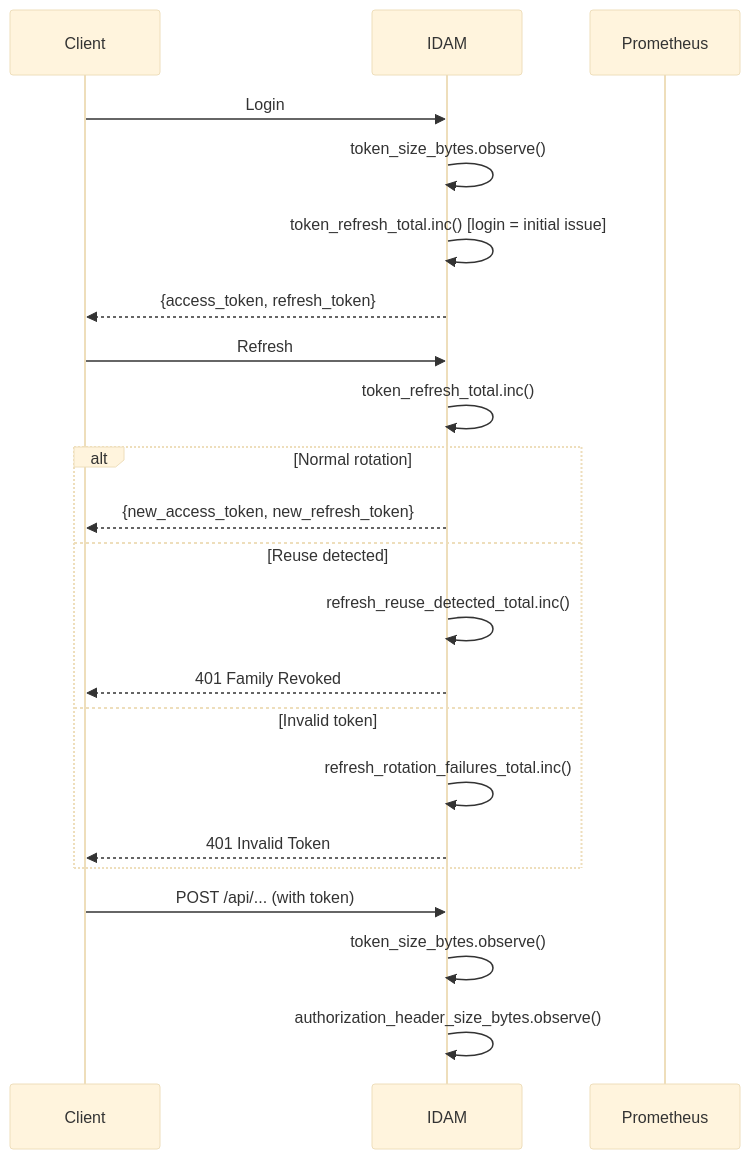
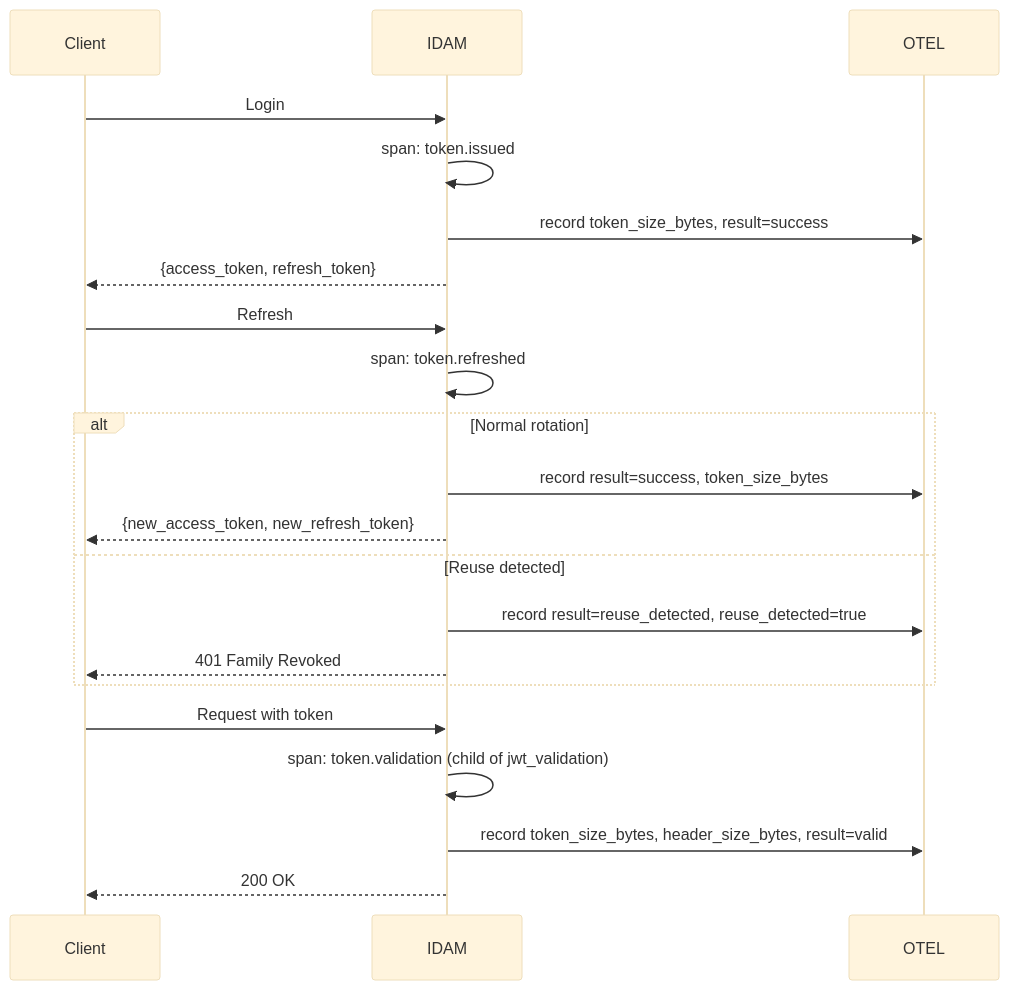
The first of 2 diagrams in docs/Epics/09-observability/stories/story-9.5.md (microscaler/sesame-idam), drawn with Mermaid (base theme) before and after one commit. The commit also changed other lines of this file and 3 other files, not shown here.

First line of the commit message:
docs(observability): rewrite all Epic 9 stories to OTEL spans — no snowflake Prometheus counters, follow hauliage BRRTRouter pattern

````diff
--- a/docs/Epics/09-observability/stories/story-9.5.md
+++ b/docs/Epics/09-observability/stories/story-9.5.md
@@ -120,27 +252,26 @@
 ```mermaid
 sequenceDiagram
     participant Client
     participant IDAM
-    participant Prometheus
+    participant OTEL
 
     Client->>IDAM: Login
-    IDAM->>IDAM: token_size_bytes.observe()
-    IDAM->>IDAM: token_refresh_total.inc() [login = initial issue]
+    IDAM->>IDAM: span: token.issued
+    IDAM->>OTEL: record token_size_bytes, result=success
     IDAM-->>Client: {access_token, refresh_token}
     
     Client->>IDAM: Refresh
-    IDAM->>IDAM: token_refresh_total.inc()
+    IDAM->>IDAM: span: token.refreshed
     alt Normal rotation
+        IDAM->>OTEL: record result=success, token_size_bytes
         IDAM-->>Client: {new_access_token, new_refresh_token}
     else Reuse detected
-        IDAM->>IDAM: refresh_reuse_detected_total.inc()
+        IDAM->>OTEL: record result=reuse_detected, reuse_detected=true
         IDAM-->>Client: 401 Family Revoked
-    else Invalid token
-        IDAM->>IDAM: refresh_rotation_failures_total.inc()
-        IDAM-->>Client: 401 Invalid Token
     end
     
-    Client->>IDAM: POST /api/... (with token)
-    IDAM->>IDAM: token_size_bytes.observe()
-    IDAM->>IDAM: authorization_header_size_bytes.observe()
+    Client->>IDAM: Request with token
+    IDAM->>IDAM: span: token.validation (child of jwt_validation)
+    IDAM->>OTEL: record token_size_bytes, header_size_bytes, result=valid
+    IDAM-->>Client: 200 OK
 ```
````
